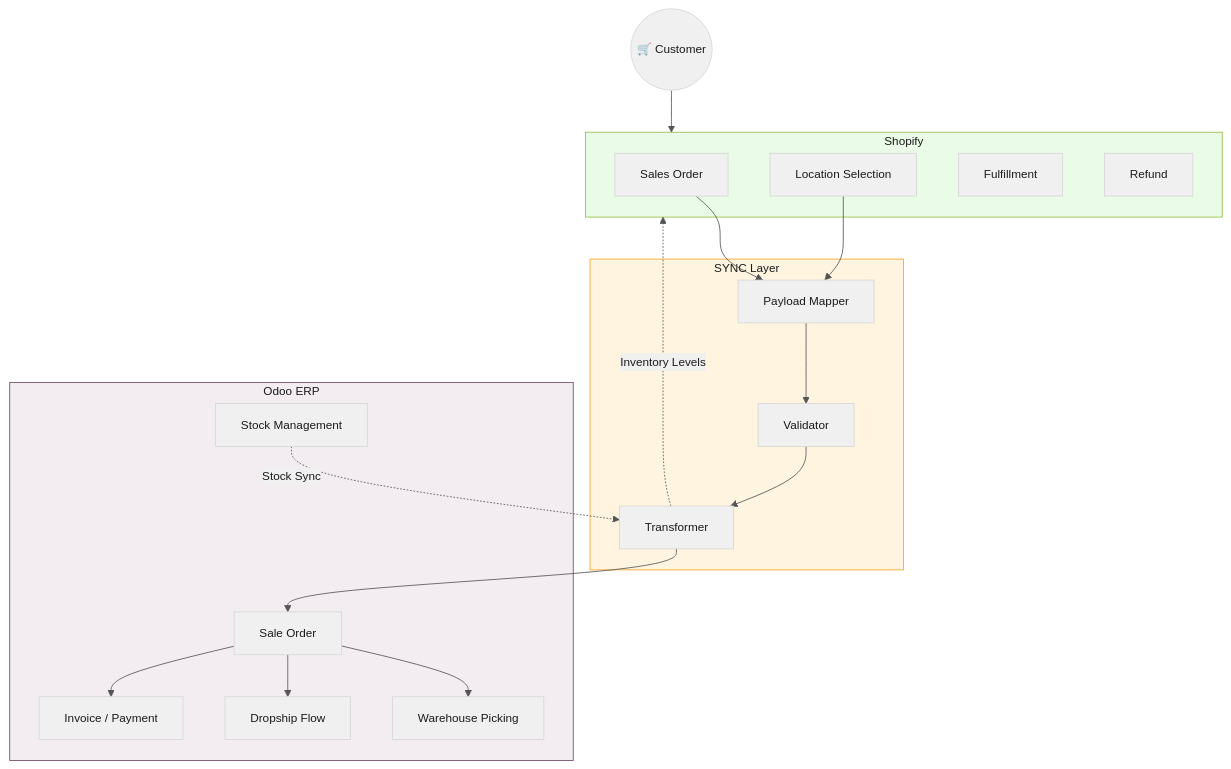
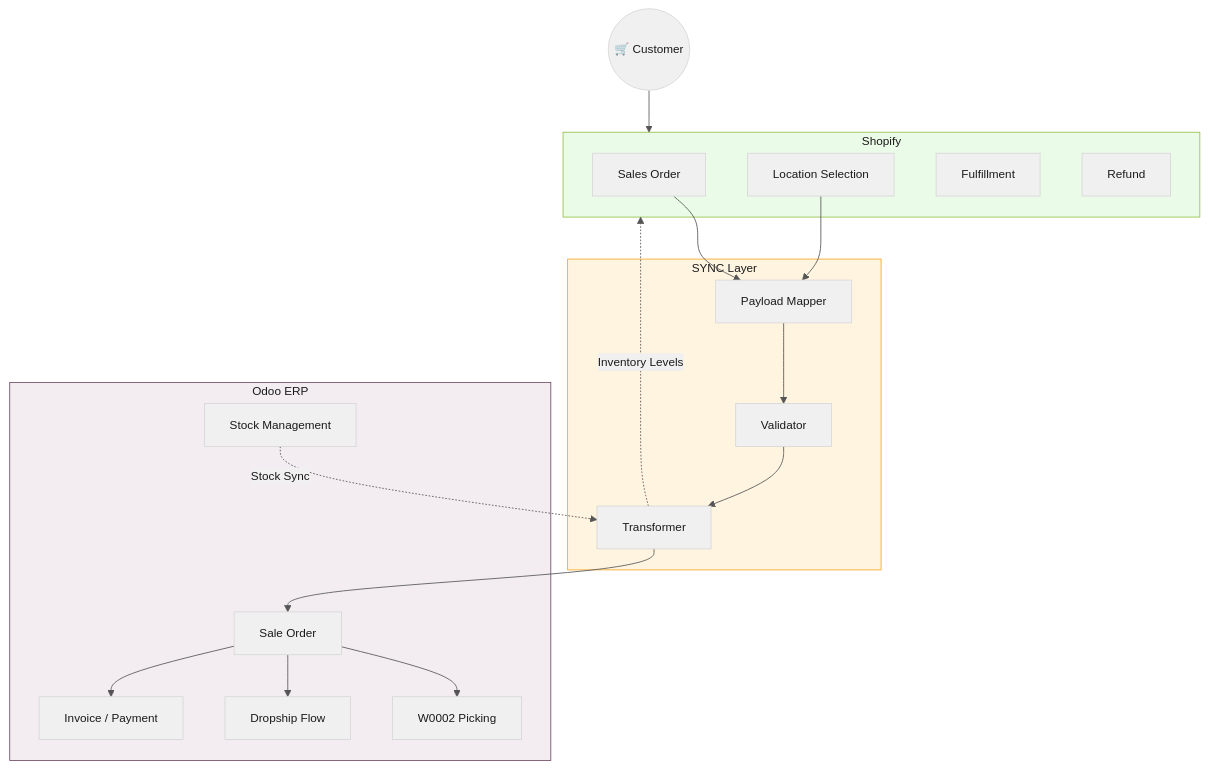
The second of 16 diagrams in shopify-sync-odoo-scenarios.md (ozan-droid/documents), drawn with Mermaid before and after one commit. The commit also changed other lines of this file, not shown here.

````diff
--- a/shopify-sync-odoo-scenarios.md
+++ b/shopify-sync-odoo-scenarios.md
@@ -61,39 +61,39 @@
 ```mermaid
 %%{init: {'theme': 'base', 'themeVariables': {'primaryColor': '#f0f0f0', 'primaryTextColor': '#1a1a1a', 'lineColor': '#555', 'textColor': '#1a1a1a', 'fontSize': '14px'}}}%%
 flowchart TB
     Customer(("🛒 Customer")) --> Shopify
 
     subgraph Shopify ["Shopify"]
         SO["Sales Order"]
         LOC["Location Selection"]
         FF["Fulfillment"]
         REF["Refund"]
     end
 
     subgraph SYNC ["SYNC Layer"]
         MAP["Payload Mapper"]
         VAL["Validator"]
         TRANS["Transformer"]
     end
 
     subgraph Odoo ["Odoo ERP"]
         OO["Sale Order"]
-        WH["Warehouse Picking"]
+        WH["W0002 Picking"]
         DS["Dropship Flow"]
         INV["Invoice / Payment"]
         STK["Stock Management"]
     end
 
     SO --> MAP
     LOC --> MAP
     MAP --> VAL --> TRANS --> OO
     OO --> WH
     OO --> DS
     OO --> INV
     STK -.->|"Stock Sync"| TRANS
     TRANS -.->|"Inventory Levels"| Shopify
 
     style Shopify fill:#eafbe7,stroke:#96bf48,color:#1a1a1a
     style SYNC fill:#fff4e0,stroke:#f5a623,color:#1a1a1a
     style Odoo fill:#f3edf2,stroke:#714b67,color:#1a1a1a
 ```
````
